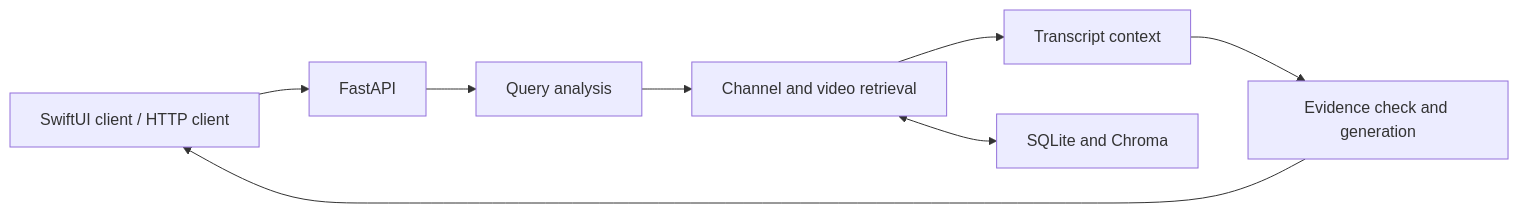
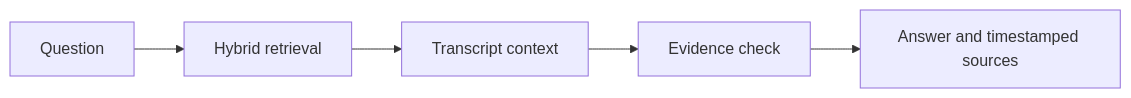
Before and after one commit to avieladika/learning-agent: the diagram in README.md, drawn with Mermaid. The commit also changed other lines of this file, not shown here.

Commit message:
Present project overview, challenge, solution, and technical flow

````diff
--- a/README.md
+++ b/README.md
@@ -17,10 +37,7 @@
 ```mermaid
 flowchart LR
-    UI[SwiftUI client / HTTP client] --> API[FastAPI]
-    API --> Q[Query analysis]
-    Q --> V[Channel and video retrieval]
-    V --> C[Transcript context]
-    C --> G[Evidence check and generation]
-    G --> UI
-    V <--> S[SQLite and Chroma]
+    Q[Question] --> R[Hybrid retrieval]
+    R --> C[Transcript context]
+    C --> E[Evidence check]
+    E --> A[Answer and timestamped sources]
 ```
````
